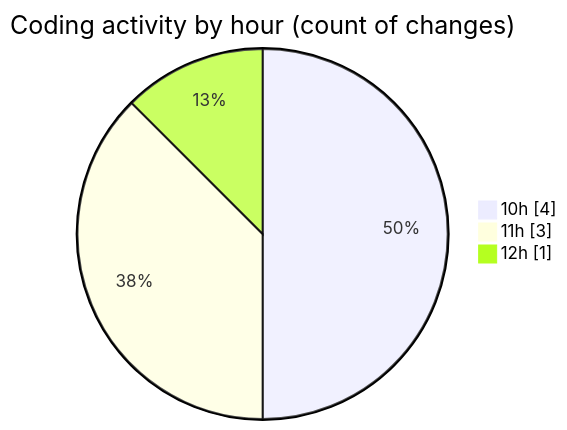
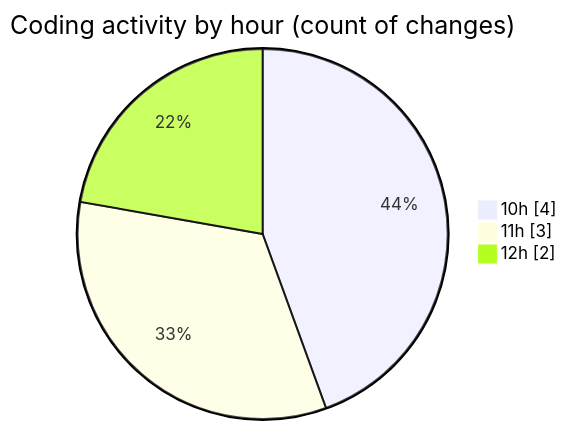
One commit to momahboobian/code-tracking changed the second of 2 diagrams in 2025-11-28/cda/README.md. Above: the diagram before and after it, drawn with Mermaid. The commit also changed other lines of this file and 1 other file, not shown here.

````diff
--- a/2025-11-28/cda/README.md
+++ b/2025-11-28/cda/README.md
@@ -33,7 +35,7 @@
 ```mermaid
 pie showData
 title Coding activity by hour (count of changes)
 "10h" : 4
 "11h" : 3
-"12h" : 1
+"12h" : 2
 ```
````
